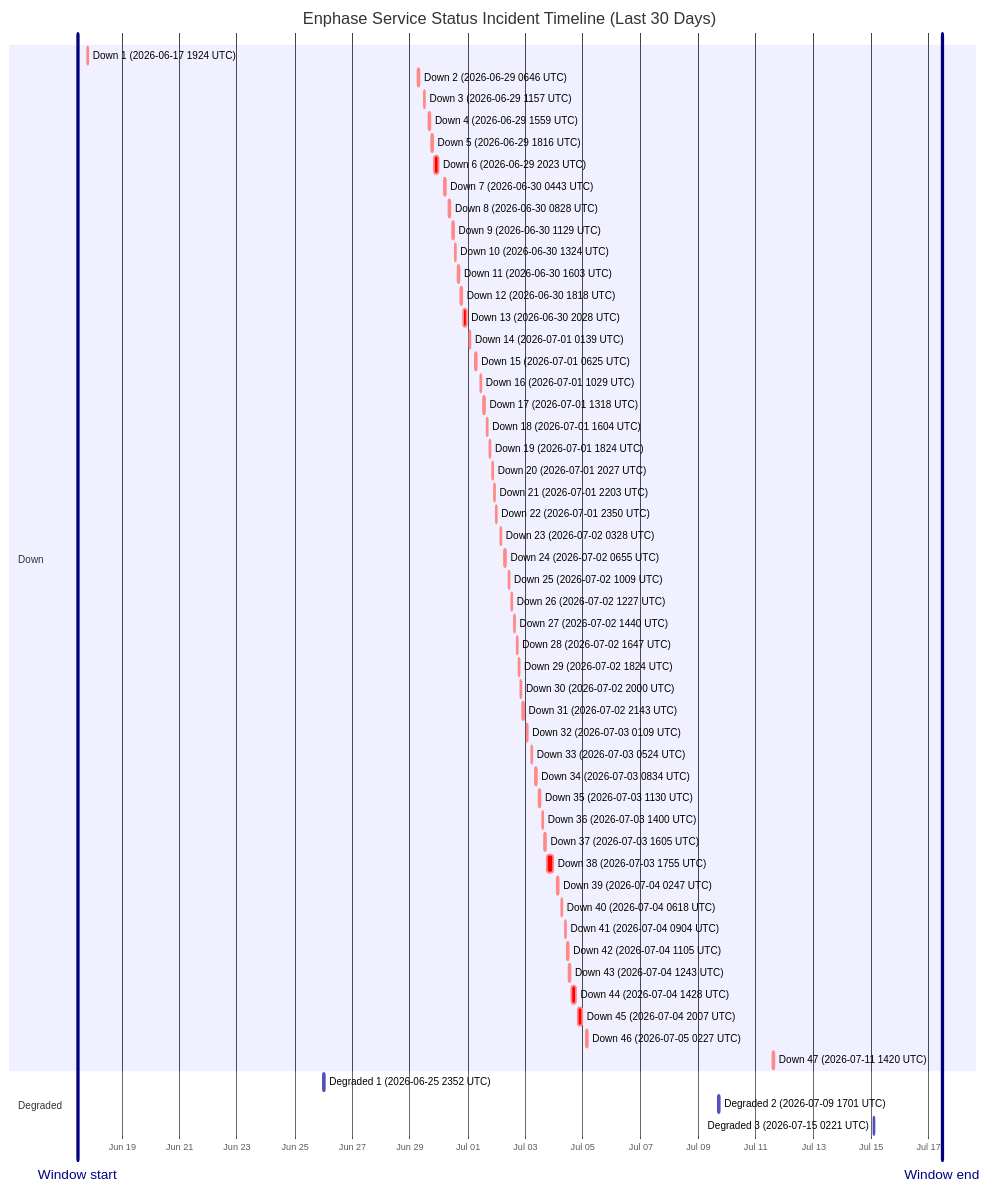
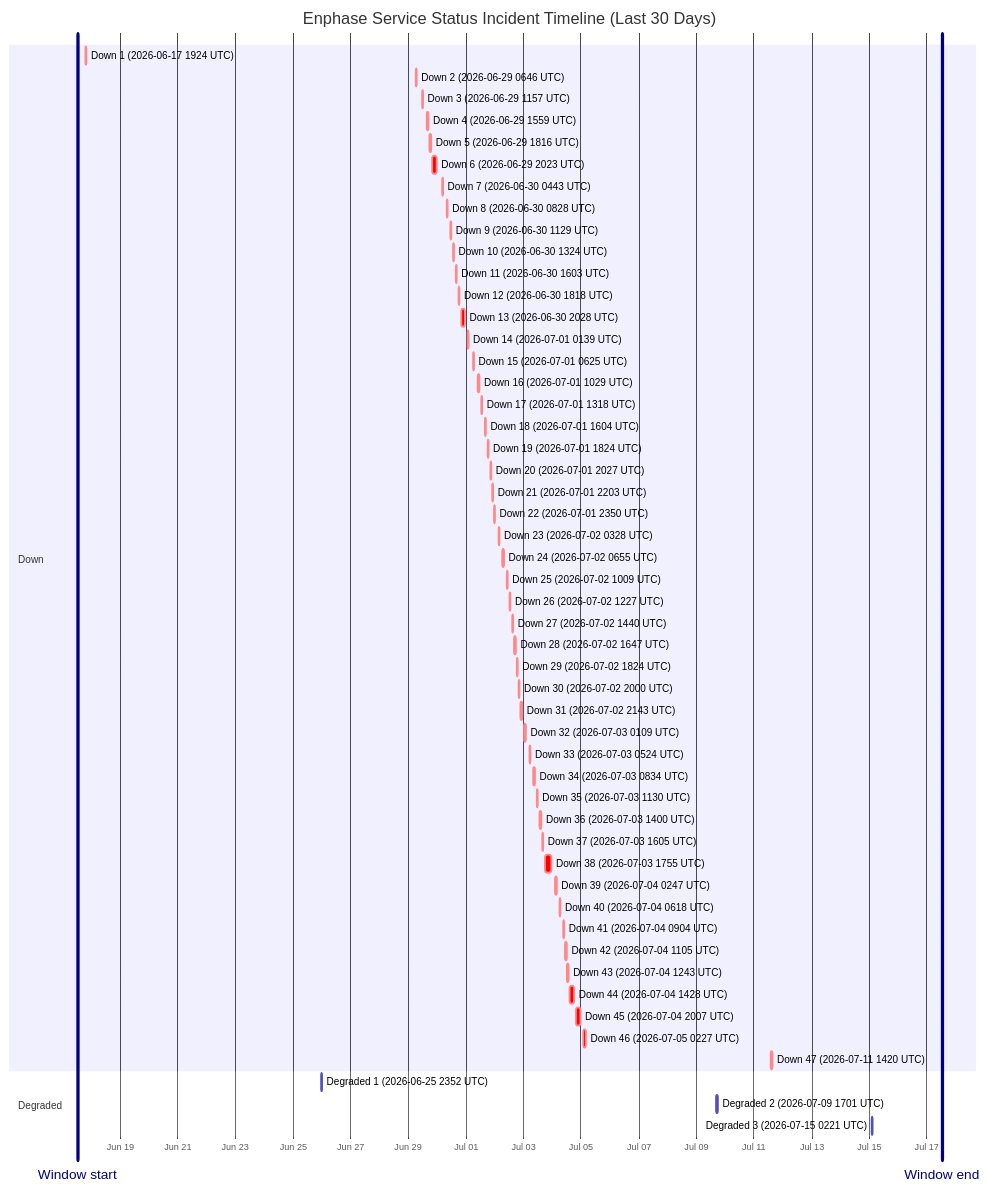
The diagram in wiki/Service-Status-History.md (barneyonline/ha-enphase-energy), drawn with Mermaid before and after one commit. The commit also changed other lines of this file and 3 other files, not shown here.

````diff
--- a/wiki/Service-Status-History.md
+++ b/wiki/Service-Status-History.md
@@ -14,60 +14,60 @@
 ```mermaid
 gantt
     title Enphase Service Status Incident Timeline (Last 30 Days)
     dateFormat  YYYY-MM-DDTHH:mm:ss
     axisFormat  %b %d
-    Window start :vert, window-start, 2026-06-17T11:05:21, 0ms
-    Window end :vert, window-end, 2026-07-17T11:05:21, 0ms
+    Window start :vert, window-start, 2026-06-17T12:42:08, 0ms
+    Window end :vert, window-end, 2026-07-17T12:42:08, 0ms
     section Down
     Down 1 (2026-06-17 1924 UTC) :crit, down-1, 2026-06-17T19:24:51, 60m
     Down 2 (2026-06-29 0646 UTC) :crit, down-2, 2026-06-29T06:46:18, 60m
     Down 3 (2026-06-29 1157 UTC) :crit, down-3, 2026-06-29T11:57:36, 60m
     Down 4 (2026-06-29 1559 UTC) :crit, down-4, 2026-06-29T15:59:02, 60m
     Down 5 (2026-06-29 1816 UTC) :crit, down-5, 2026-06-29T18:16:38, 60m
     Down 6 (2026-06-29 2023 UTC) :crit, down-6, 2026-06-29T20:23:16, 220m
     Down 7 (2026-06-30 0443 UTC) :crit, down-7, 2026-06-30T04:43:54, 60m
     Down 8 (2026-06-30 0828 UTC) :crit, down-8, 2026-06-30T08:28:43, 60m
     Down 9 (2026-06-30 1129 UTC) :crit, down-9, 2026-06-30T11:29:15, 60m
     Down 10 (2026-06-30 1324 UTC) :crit, down-10, 2026-06-30T13:24:25, 60m
     Down 11 (2026-06-30 1603 UTC) :crit, down-11, 2026-06-30T16:03:26, 60m
     Down 12 (2026-06-30 1818 UTC) :crit, down-12, 2026-06-30T18:18:39, 60m
     Down 13 (2026-06-30 2028 UTC) :crit, down-13, 2026-06-30T20:28:54, 171m
     Down 14 (2026-07-01 0139 UTC) :crit, down-14, 2026-07-01T01:39:18, 60m
     Down 15 (2026-07-01 0625 UTC) :crit, down-15, 2026-07-01T06:25:35, 60m
     Down 16 (2026-07-01 1029 UTC) :crit, down-16, 2026-07-01T10:29:24, 60m
     Down 17 (2026-07-01 1318 UTC) :crit, down-17, 2026-07-01T13:18:31, 60m
     Down 18 (2026-07-01 1604 UTC) :crit, down-18, 2026-07-01T16:04:29, 60m
     Down 19 (2026-07-01 1824 UTC) :crit, down-19, 2026-07-01T18:24:21, 60m
     Down 20 (2026-07-01 2027 UTC) :crit, down-20, 2026-07-01T20:27:17, 60m
     Down 21 (2026-07-01 2203 UTC) :crit, down-21, 2026-07-01T22:03:46, 60m
     Down 22 (2026-07-01 2350 UTC) :crit, down-22, 2026-07-01T23:50:52, 60m
     Down 23 (2026-07-02 0328 UTC) :crit, down-23, 2026-07-02T03:28:33, 60m
     Down 24 (2026-07-02 0655 UTC) :crit, down-24, 2026-07-02T06:55:07, 60m
     Down 25 (2026-07-02 1009 UTC) :crit, down-25, 2026-07-02T10:09:15, 60m
     Down 26 (2026-07-02 1227 UTC) :crit, down-26, 2026-07-02T12:27:49, 60m
     Down 27 (2026-07-02 1440 UTC) :crit, down-27, 2026-07-02T14:40:53, 60m
     Down 28 (2026-07-02 1647 UTC) :crit, down-28, 2026-07-02T16:47:47, 60m
     Down 29 (2026-07-02 1824 UTC) :crit, down-29, 2026-07-02T18:24:26, 60m
     Down 30 (2026-07-02 2000 UTC) :crit, down-30, 2026-07-02T20:00:57, 60m
     Down 31 (2026-07-02 2143 UTC) :crit, down-31, 2026-07-02T21:43:52, 80m
     Down 32 (2026-07-03 0109 UTC) :crit, down-32, 2026-07-03T01:09:19, 60m
     Down 33 (2026-07-03 0524 UTC) :crit, down-33, 2026-07-03T05:24:23, 60m
     Down 34 (2026-07-03 0834 UTC) :crit, down-34, 2026-07-03T08:34:05, 60m
     Down 35 (2026-07-03 1130 UTC) :crit, down-35, 2026-07-03T11:30:41, 60m
     Down 36 (2026-07-03 1400 UTC) :crit, down-36, 2026-07-03T14:00:48, 60m
     Down 37 (2026-07-03 1605 UTC) :crit, down-37, 2026-07-03T16:05:49, 60m
     Down 38 (2026-07-03 1755 UTC) :crit, down-38, 2026-07-03T17:55:54, 338m
     Down 39 (2026-07-04 0247 UTC) :crit, down-39, 2026-07-04T02:47:22, 60m
     Down 40 (2026-07-04 0618 UTC) :crit, down-40, 2026-07-04T06:18:09, 60m
     Down 41 (2026-07-04 0904 UTC) :crit, down-41, 2026-07-04T09:04:41, 60m
     Down 42 (2026-07-04 1105 UTC) :crit, down-42, 2026-07-04T11:05:21, 60m
     Down 43 (2026-07-04 1243 UTC) :crit, down-43, 2026-07-04T12:43:25, 60m
     Down 44 (2026-07-04 1428 UTC) :crit, down-44, 2026-07-04T14:28:07, 243m
     Down 45 (2026-07-04 2007 UTC) :crit, down-45, 2026-07-04T20:07:50, 206m
     Down 46 (2026-07-05 0227 UTC) :crit, down-46, 2026-07-05T02:27:32, 109m
     Down 47 (2026-07-11 1420 UTC) :crit, down-47, 2026-07-11T14:20:54, 69m
     section Degraded
     Degraded 1 (2026-06-25 2352 UTC) :active, degraded-1, 2026-06-25T23:52:01, 60m
     Degraded 2 (2026-07-09 1701 UTC) :active, degraded-2, 2026-07-09T17:01:02, 60m
     Degraded 3 (2026-07-15 0221 UTC) :active, degraded-3, 2026-07-15T02:21:35, 60m
 ```
````
